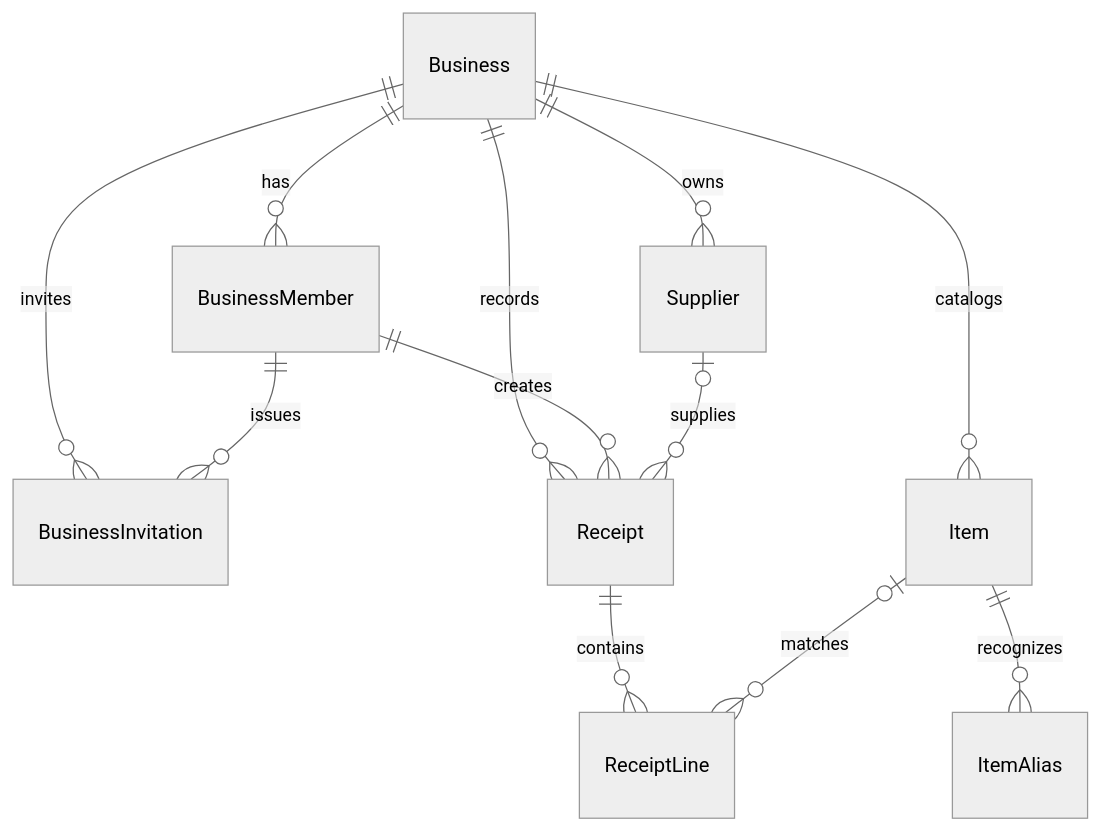
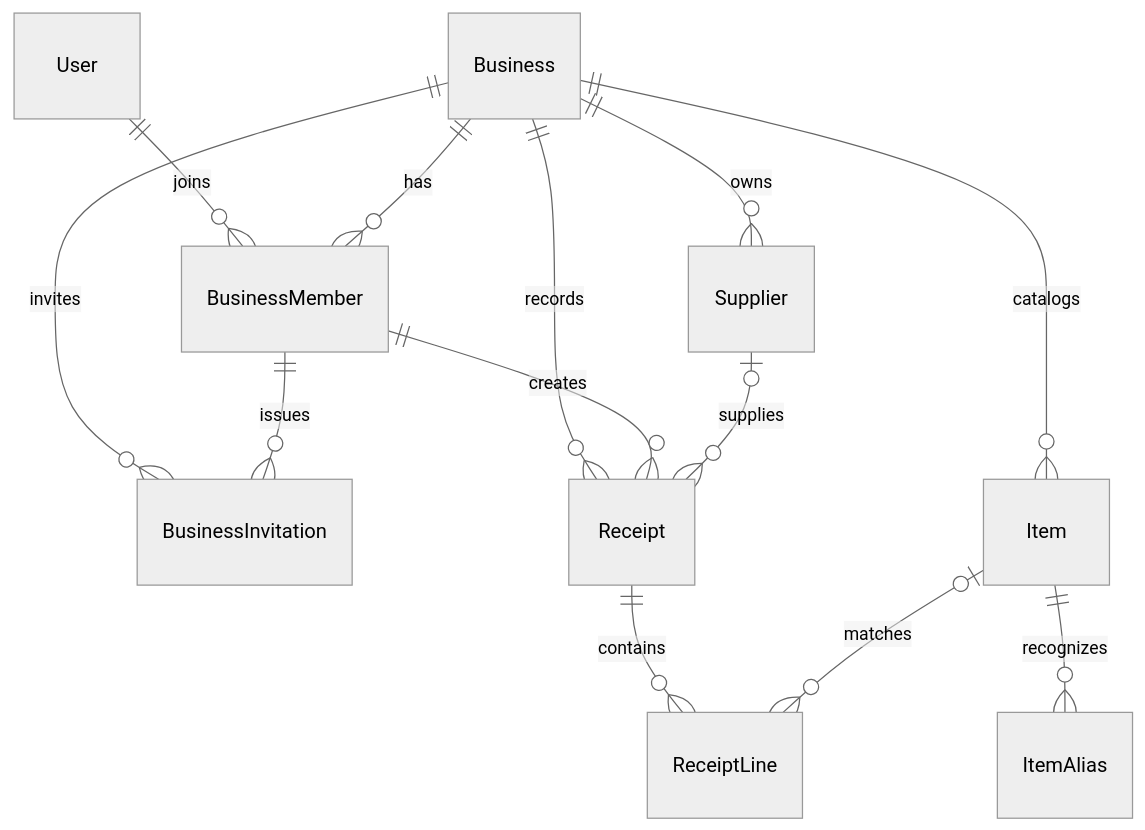
The diagram in prisma/database-schema.md (tingclarice/onyxa), drawn with Mermaid (neutral theme) before and after one commit. The commit also changed other lines of this file and 65 other files, not shown here.

````diff
--- a/prisma/database-schema.md
+++ b/prisma/database-schema.md
@@ -30,14 +28,15 @@
 ```mermaid
 erDiagram
+    User ||--o{ BusinessMember : joins
     Business ||--o{ BusinessMember : has
     Business ||--o{ BusinessInvitation : invites
     Business ||--o{ Supplier : owns
     Business ||--o{ Item : catalogs
     Business ||--o{ Receipt : records
     BusinessMember ||--o{ Receipt : creates
     BusinessMember ||--o{ BusinessInvitation : issues
     Supplier |o--o{ Receipt : supplies
     Receipt ||--o{ ReceiptLine : contains
     Item |o--o{ ReceiptLine : matches
     Item ||--o{ ItemAlias : recognizes
 ```
````
